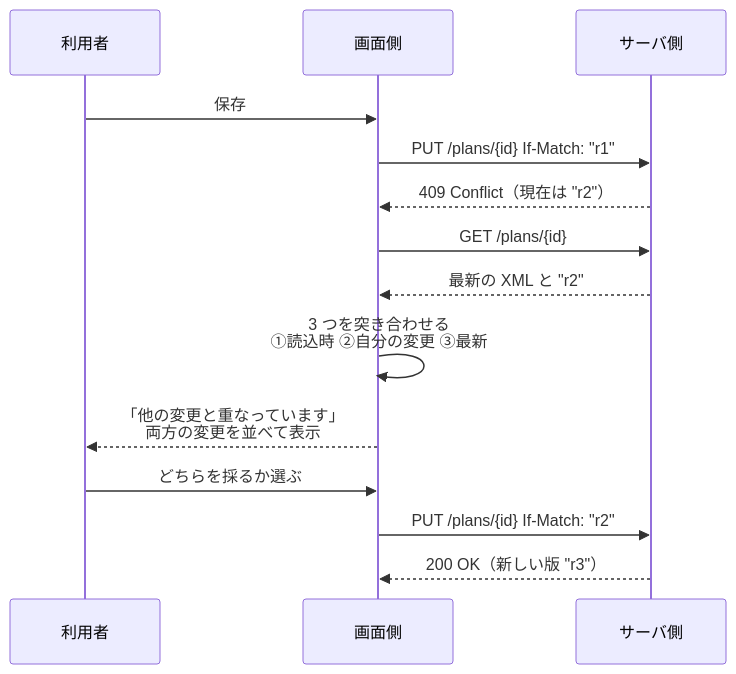
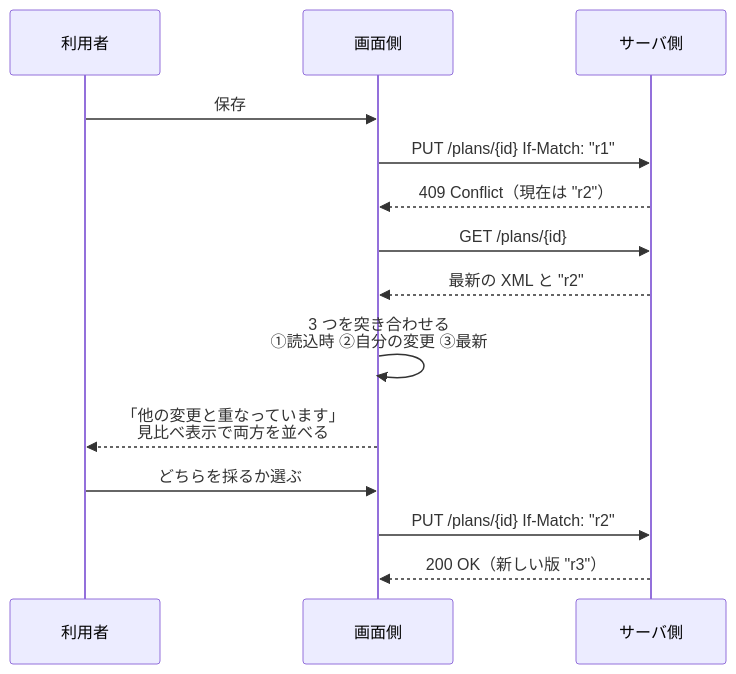
One commit to chidiremen/ccpm-update-support changed the diagram in docs/ui/13-diff.md. Above: the diagram before and after it, drawn with Mermaid. The commit also changed other lines of this file and 7 other files, not shown here.

````diff
--- a/docs/ui/13-diff.md
+++ b/docs/ui/13-diff.md
@@ -148,17 +149,17 @@
 ```mermaid
 sequenceDiagram
     participant U as 利用者
     participant F as 画面側
     participant S as サーバ側
 
     U->>F: 保存
     F->>S: PUT /plans/{id}  If-Match: "r1"
     S-->>F: 409 Conflict（現在は "r2"）
     F->>S: GET /plans/{id}
     S-->>F: 最新の XML と "r2"
     F->>F: 3 つを突き合わせる<br/>①読込時 ②自分の変更 ③最新
-    F-->>U: 「他の変更と重なっています」<br/>両方の変更を並べて表示
+    F-->>U: 「他の変更と重なっています」<br/>見比べ表示で両方を並べる
     U->>F: どちらを採るか選ぶ
     F->>S: PUT /plans/{id}  If-Match: "r2"
     S-->>F: 200 OK（新しい版 "r3"）
 ```
````
